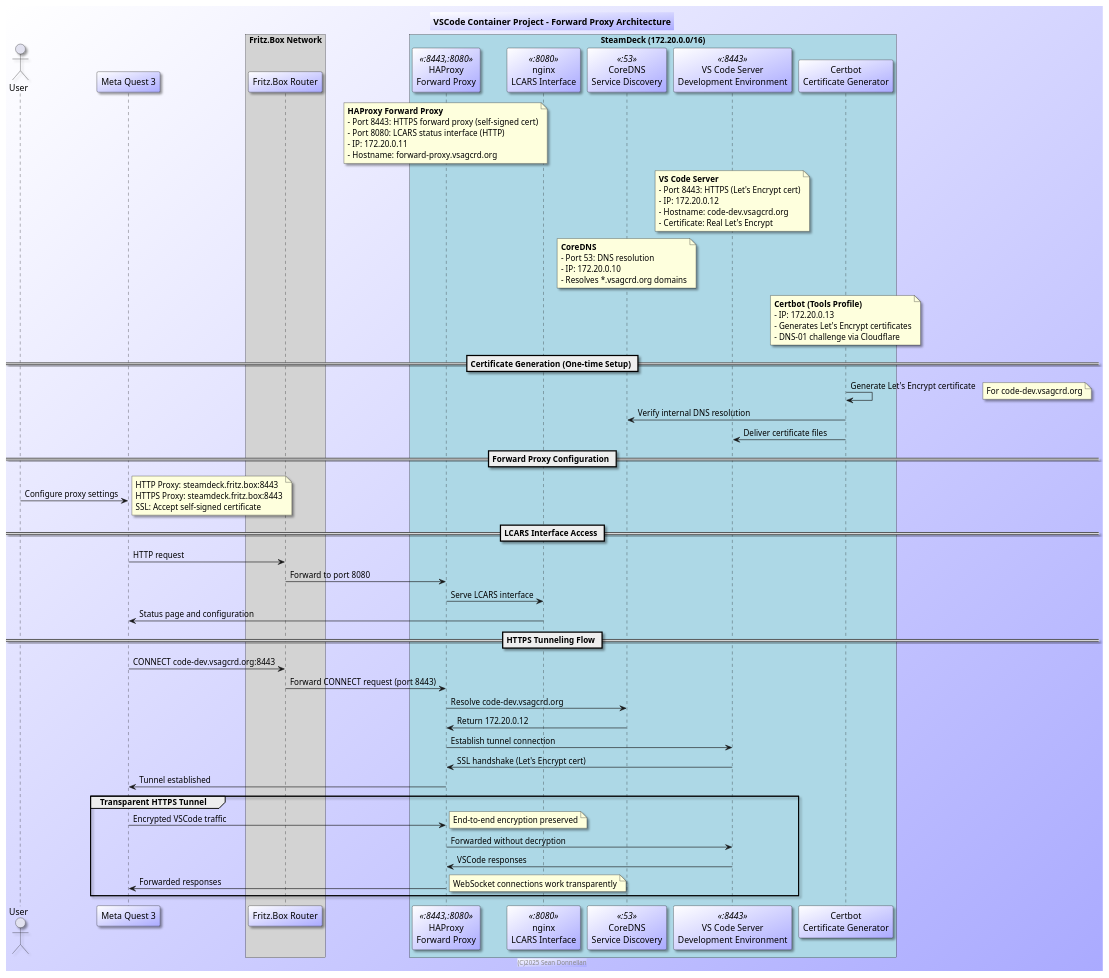
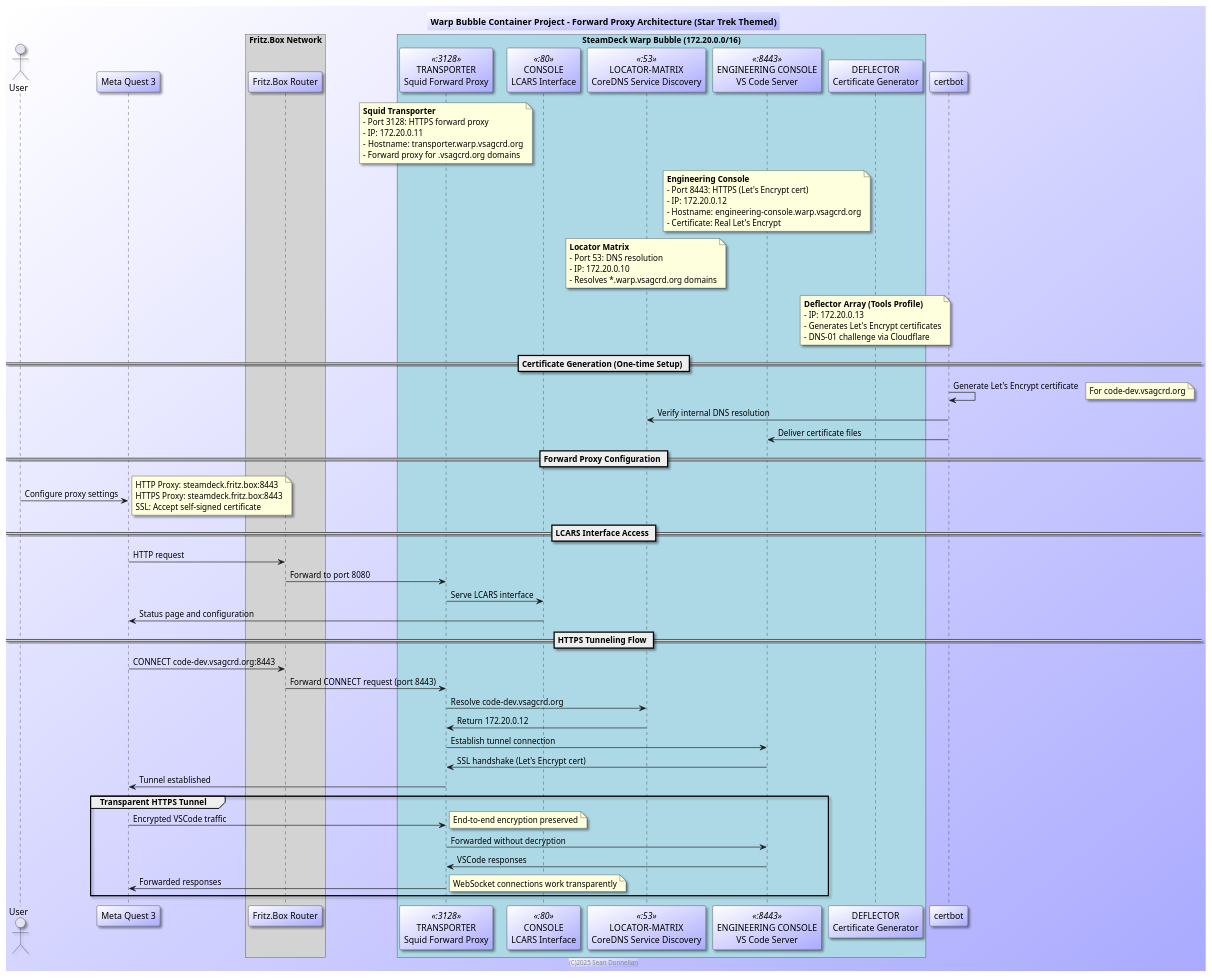
One commit to donnels/vsc-container changed the diagram in images/forward-proxy-architecture.plantuml. Above: the diagram before and after it, drawn with PlantUML. The commit also changed 17 other files, not shown here.

```diff
--- a/images/forward-proxy-architecture.plantuml
+++ b/images/forward-proxy-architecture.plantuml
@@ -1,92 +1,92 @@
 @startuml forward-proxy-architecture
-title VSCode Container Project - Forward Proxy Architecture
+title Warp Bubble Container Project - Forward Proxy Architecture (Star Trek Themed)
 footer (C)2025 Sean Donnellan
 
 skinparam shadowing 1
 skinparam BackgroundColor #fff/aaf
 skinparam participantBackgroundColor #fff/aaf
 
 actor "User" as user
 participant "Meta Quest 3" as headset
 
 box "Fritz.Box Network" #lightgray
     participant "Fritz.Box Router" as router
 end box
 
-box "SteamDeck (172.20.0.0/16)" #lightblue
-    participant "HAProxy\nForward Proxy" as proxy <<:8443,:8080>>
-    participant "nginx\nLCARS Interface" as nginx <<:8080>>
-    participant "CoreDNS\nService Discovery" as dns <<:53>>
-    participant "VS Code Server\nDevelopment Environment" as vscode <<:8443>>
-    participant "Certbot\nCertificate Generator" as certbot
+box "SteamDeck Warp Bubble (172.20.0.0/16)" #lightblue
+    participant "TRANSPORTER\nSquid Forward Proxy" as proxy <<:3128>>
+    participant "CONSOLE\nLCARS Interface" as nginx <<:80>>
+    participant "LOCATOR-MATRIX\nCoreDNS Service Discovery" as dns <<:53>>
+    participant "ENGINEERING CONSOLE\nVS Code Server" as vscode <<:8443>>
+    participant "DEFLECTOR\nCertificate Generator" as deflector
 end box
 
 note over proxy
-**HAProxy Forward Proxy**
-- Port 8443: HTTPS forward proxy (self-signed cert)
-- Port 8080: LCARS status interface (HTTP)
+**Squid Transporter**
+- Port 3128: HTTPS forward proxy
 - IP: 172.20.0.11
-- Hostname: forward-proxy.vsagcrd.org
+- Hostname: transporter.warp.vsagcrd.org
+- Forward proxy for .vsagcrd.org domains
 end note
 
 note over vscode
-**VS Code Server**
+**Engineering Console**
 - Port 8443: HTTPS (Let's Encrypt cert)
 - IP: 172.20.0.12
-- Hostname: code-dev.vsagcrd.org
+- Hostname: engineering-console.warp.vsagcrd.org
 - Certificate: Real Let's Encrypt
 end note
 
 note over dns
-**CoreDNS**
+**Locator Matrix**
 - Port 53: DNS resolution
 - IP: 172.20.0.10
-- Resolves *.vsagcrd.org domains
+- Resolves *.warp.vsagcrd.org domains
 end note
 
-note over certbot
-**Certbot (Tools Profile)**
+note over deflector
+**Deflector Array (Tools Profile)**
 - IP: 172.20.0.13
 - Generates Let's Encrypt certificates
 - DNS-01 challenge via Cloudflare
 end note
 
 == Certificate Generation (One-time Setup) ==
 certbot -> certbot: Generate Let's Encrypt certificate
 note right: For code-dev.vsagcrd.org
 certbot -> dns: Verify internal DNS resolution
 certbot -> vscode: Deliver certificate files
 
 == Forward Proxy Configuration ==
 user -> headset: Configure proxy settings
 note right
 HTTP Proxy: steamdeck.fritz.box:8443
 HTTPS Proxy: steamdeck.fritz.box:8443
 SSL: Accept self-signed certificate
 end note
 
 == LCARS Interface Access ==
 headset -> router: HTTP request
 router -> proxy: Forward to port 8080
 proxy -> nginx: Serve LCARS interface
 nginx -> headset: Status page and configuration
 
 == HTTPS Tunneling Flow ==
 headset -> router: CONNECT code-dev.vsagcrd.org:8443
 router -> proxy: Forward CONNECT request (port 8443)
 proxy -> dns: Resolve code-dev.vsagcrd.org
 dns -> proxy: Return 172.20.0.12
 proxy -> vscode: Establish tunnel connection
 vscode -> proxy: SSL handshake (Let's Encrypt cert)
 proxy -> headset: Tunnel established
 
 group Transparent HTTPS Tunnel
     headset -> proxy: Encrypted VSCode traffic
     note right: End-to-end encryption preserved
     proxy -> vscode: Forwarded without decryption
     vscode -> proxy: VSCode responses
     proxy -> headset: Forwarded responses
     note right: WebSocket connections work transparently
 end
 
 @enduml
```
